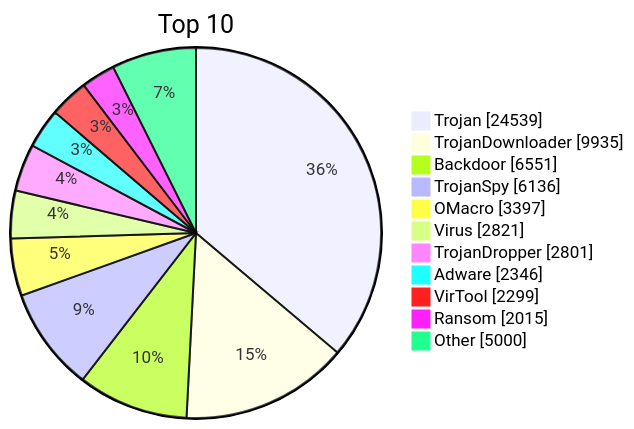
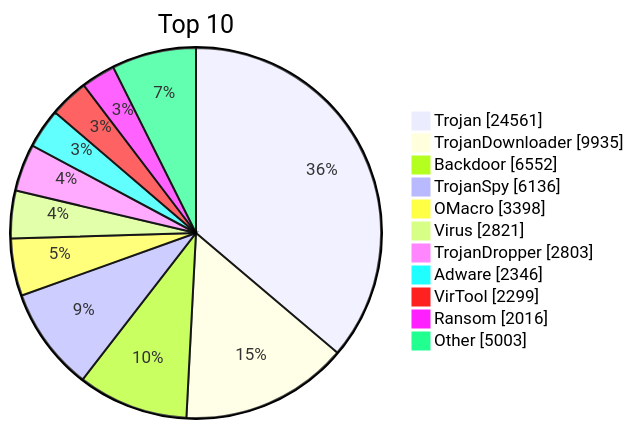
One commit to JerryLinLinLin/huorong-virdb-changelog changed the diagram in README.md. Above: the diagram before and after it, drawn with Mermaid. The commit also changed other lines of this file and 15 other files, not shown here.

````diff
--- a/README.md
+++ b/README.md
@@ -19,15 +19,15 @@
 ```mermaid
 pie showData
     title Top 10
-    "Trojan" : 24539
+    "Trojan" : 24561
     "TrojanDownloader" : 9935
-    "Backdoor" : 6551
+    "Backdoor" : 6552
     "TrojanSpy" : 6136
-    "OMacro" : 3397
+    "OMacro" : 3398
     "Virus" : 2821
-    "TrojanDropper" : 2801
+    "TrojanDropper" : 2803
     "Adware" : 2346
     "VirTool" : 2299
-    "Ransom" : 2015
-    "Other" : 5000
+    "Ransom" : 2016
+    "Other" : 5003
 ```
````
